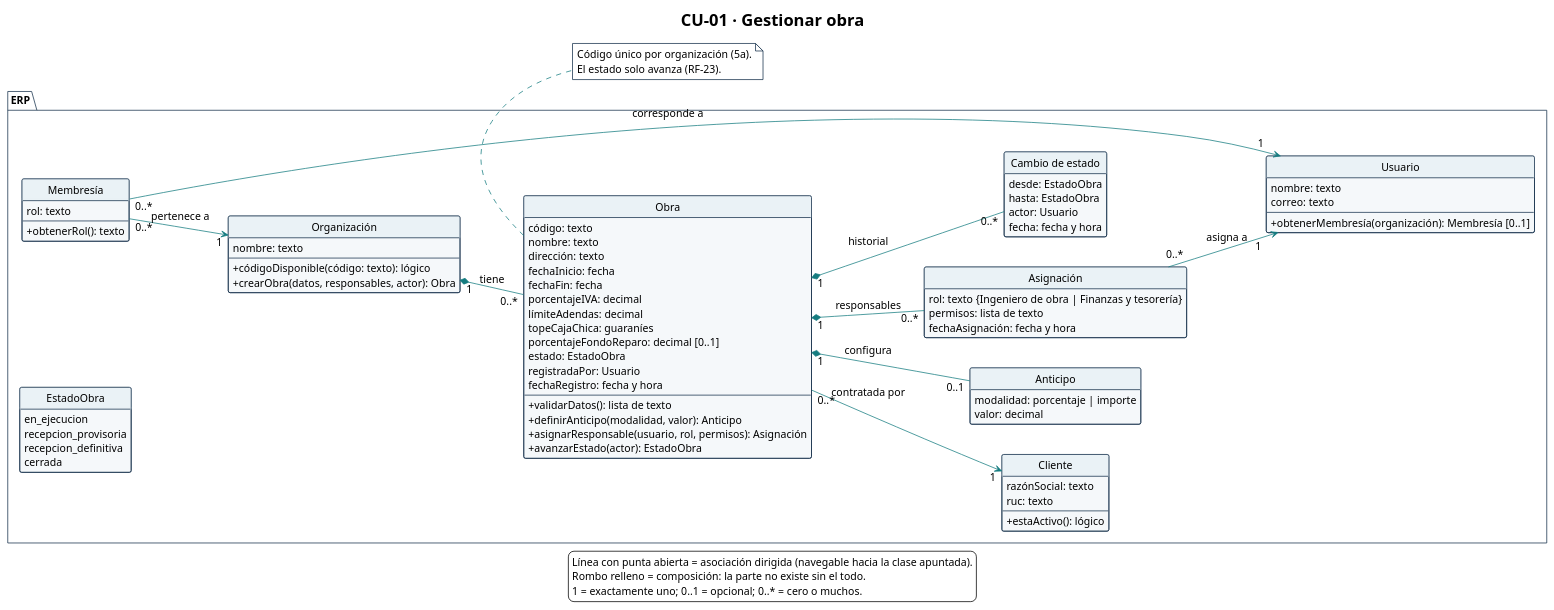
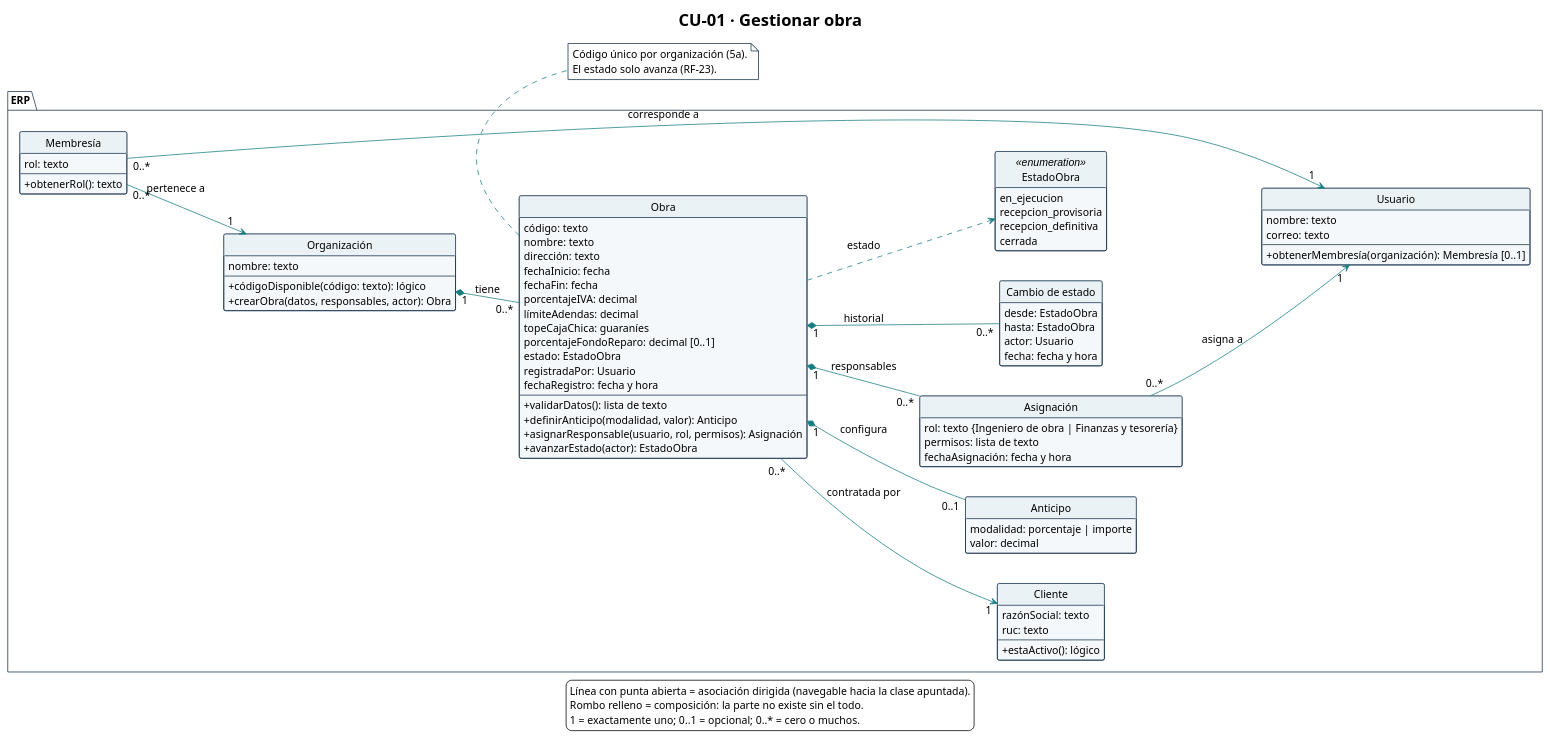
Before and after one commit to Ssrrb/tpf-uca: the diagram in diagramas/CU-01-clases.puml, drawn with PlantUML. The commit also changed 5 other files, not shown here.

```diff
--- a/diagramas/CU-01-clases.puml
+++ b/diagramas/CU-01-clases.puml
@@ -1,123 +1,124 @@
 @startuml
 !theme plain
 skinparam style strictuml
 title CU-01 · Gestionar obra
 hide circle
 hide empty methods
 hide empty fields
 skinparam shadowing false
 skinparam classAttributeIconSize 0
 skinparam defaultFontName Arial
 skinparam defaultFontSize 14
 skinparam nodesep 40
 skinparam ranksep 50
 skinparam ArrowColor #167C80
 skinparam class {
   BackgroundColor #F5F8FA
   BorderColor #17324D
   HeaderBackgroundColor #EAF2F6
 }
 skinparam package {
   BackgroundColor #FFFFFF
   BorderColor #17324D
 }
 skinparam note {
   BackgroundColor #FFFFFF
   BorderColor #17324D
 }
 left to right direction
 
 package "ERP" {
   class "Organización" as Organizacion {
     nombre: texto
     --
     + códigoDisponible(código: texto): lógico
     + crearObra(datos, responsables, actor): Obra
   }
 
   class Usuario {
     nombre: texto
     correo: texto
     --
     + obtenerMembresía(organización): Membresía [0..1]
   }
 
   class "Membresía" as Membresia {
     rol: texto
     --
     + obtenerRol(): texto
   }
 
   class Cliente {
     razónSocial: texto
     ruc: texto
     --
     + estaActivo(): lógico
   }
 
   class Obra {
     código: texto
     nombre: texto
     dirección: texto
     fechaInicio: fecha
     fechaFin: fecha
     porcentajeIVA: decimal
     límiteAdendas: decimal
     topeCajaChica: guaraníes
     porcentajeFondoReparo: decimal [0..1]
     estado: EstadoObra
     registradaPor: Usuario
     fechaRegistro: fecha y hora
     --
     + validarDatos(): lista de texto
     + definirAnticipo(modalidad, valor): Anticipo
     + asignarResponsable(usuario, rol, permisos): Asignación
     + avanzarEstado(actor): EstadoObra
   }
 
   class Anticipo {
     modalidad: porcentaje | importe
     valor: decimal
   }
 
   class "Asignación" as Asignacion {
     rol: texto {Ingeniero de obra | Finanzas y tesorería}
     permisos: lista de texto
     fechaAsignación: fecha y hora
   }
 
   class "Cambio de estado" as CambioEstado {
     desde: EstadoObra
     hasta: EstadoObra
     actor: Usuario
     fecha: fecha y hora
   }
 
-  enum EstadoObra {
+  enum EstadoObra <<enumeration>> {
     en_ejecucion
     recepcion_provisoria
     recepcion_definitiva
     cerrada
   }
 }
 
 Organizacion "1" *-- "0..*" Obra : tiene
 Membresia "0..*" --> "1" Usuario : corresponde a
 Membresia "0..*" --> "1" Organizacion : pertenece a
 Obra "0..*" --> "1" Cliente : contratada por
 Obra "1" *-- "0..1" Anticipo : configura
 Obra "1" *-- "0..*" Asignacion : responsables
 Asignacion "0..*" --> "1" Usuario : asigna a
 Obra "1" *-- "0..*" CambioEstado : historial
 
+Obra ..> EstadoObra : estado
 note bottom of Obra
   Código único por organización (5a).
   El estado solo avanza (RF-23).
 end note
 
 legend bottom
   Línea con punta abierta = asociación dirigida (navegable hacia la clase apuntada).
   Rombo relleno = composición: la parte no existe sin el todo.
   1 = exactamente uno; 0..1 = opcional; 0..* = cero o muchos.
 endlegend
 @enduml
```
